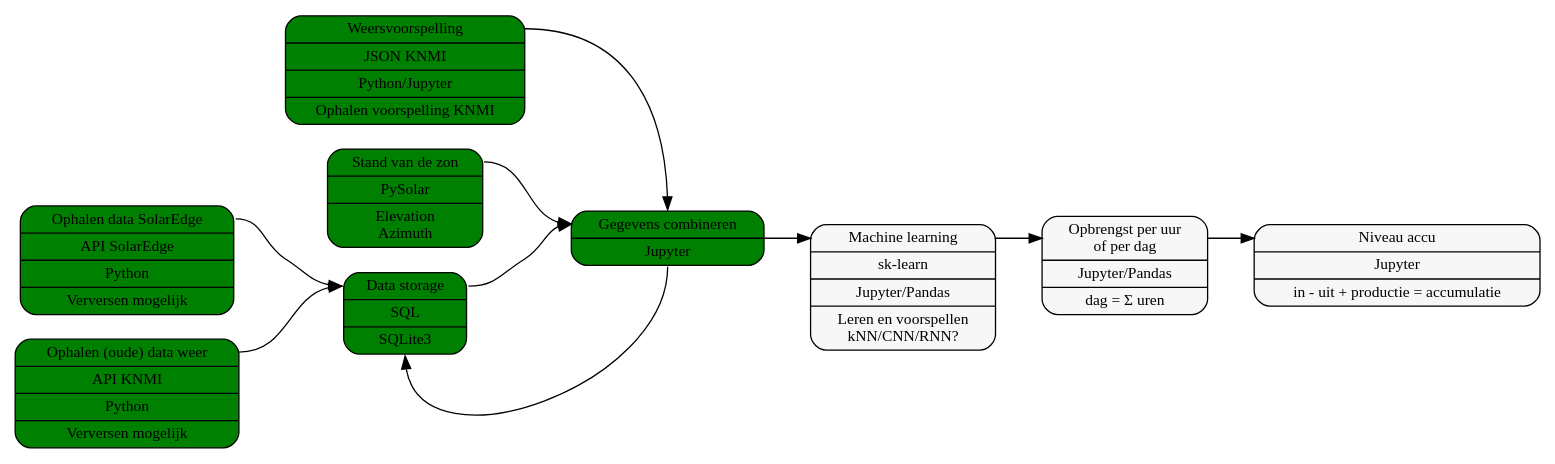
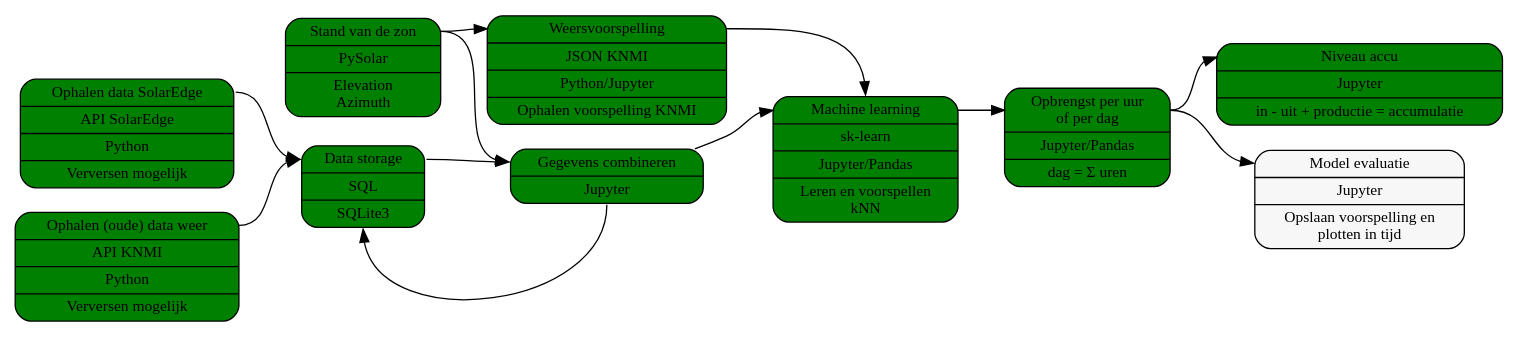
One commit to bosgnoom/data-engineer-eindopdracht changed the diagram in diagram.dot. Above: the diagram before and after it, drawn with Graphviz. The commit also changed 3 other files, not shown here.

```diff
--- a/diagram.dot
+++ b/diagram.dot
@@ -1,76 +1,86 @@
 digraph g {
     graph [
         rankdir = "LR"
     ];
     
     node [
         fontsize = "12"
         style="rounded,filled"
         fillcolor="#F7F7F7"
     ];
     
     edge [
     ];
     
     "node0" [
         label = "<f0> Ophalen data SolarEdge | API SolarEdge | Python | Verversen mogelijk "
         shape = "record"
         fillcolor = "green"
     ];
     
     "node1" [
         label = "<f0> Ophalen (oude) data weer | API KNMI | Python | Verversen mogelijk"
         shape = "record"
         fillcolor = "green"
     ];
     
     "node2" [
         label = "<f0> Data storage | SQL | SQLite3 "
         shape = "record"
         fillcolor = "green"
     ];
     
     "node_weer" [
         label = "<f0> Weersvoorspelling | JSON KNMI | Python/Jupyter | Ophalen voorspelling KNMI"
         shape = "record"
         fillcolor = "green"
     ];
     
     "node_ML" [
-        label = "<f0> Machine learning | sk-learn | Jupyter/Pandas | Leren en voorspellen\nkNN/CNN/RNN?"
+        label = "<f0> Machine learning | sk-learn | Jupyter/Pandas | Leren en voorspellen\nkNN"
         shape = "record"
+        fillcolor = "green"
     ];
     
     "node_opbrengst" [
         label = "<f0> Opbrengst per uur\nof per dag | Jupyter/Pandas | dag = &Sigma; uren "
         shape = "record"
+        fillcolor = "green"
     ];
     
     "node_accu" [
         label = "<f0> Niveau accu | Jupyter | in - uit + productie = accumulatie "
         shape = "record"
+        fillcolor = "green"
     ];
 
     "node_zon" [
         label = "<f0> Stand van de zon | PySolar | Elevation\nAzimuth  "
         shape = "record"
         fillcolor = "green"
     ]
 
     "node_combineren" [
         label = "<f0> Gegevens combineren | Jupyter "
         shape = "record"
         fillcolor = "green"
     ]
+
+    "node_evaluatie" [
+        label = "<f0> Model evaluatie | Jupyter | Opslaan voorspelling en\nplotten in tijd"
+        shape = "record"
+    ]
     
-    "node_weer":f0 -> "node_combineren":n
+    "node_weer":f0 -> "node_ML":n
     "node0":f0 -> "node2":f0
     "node1":f0 -> "node2":f0
     "node2":f0 -> "node_combineren":f0
     "node_combineren":s -> "node2":s
     "node_combineren" -> "node_ML":f0
     "node_ML":f0 -> "node_opbrengst":f0
     "node_opbrengst":f0 -> "node_accu":f0
     "node_zon":f0 -> "node_combineren":f0
+    "node_opbrengst":f0 -> "node_evaluatie":f0
+    "node_zon":f0 -> "node_weer":f0
     
 }
```
